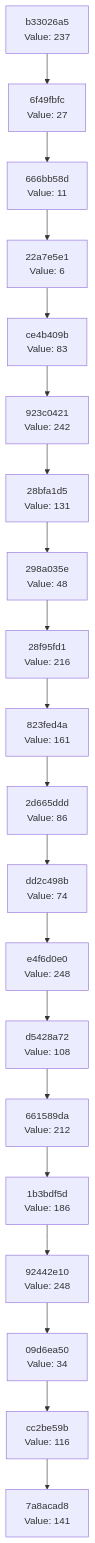
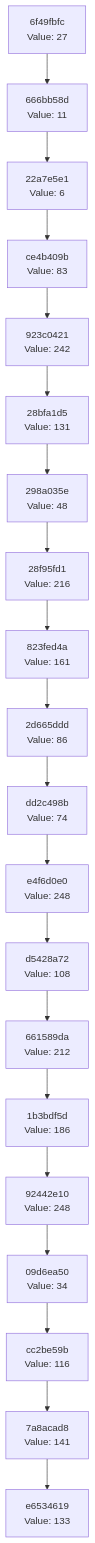
The diagram in docs/CHAIN_VISUALIZATION.md (Abhisheksinha1506/hash-chain-evolver), drawn with Mermaid before and after one commit. The commit also changed 3 other files, not shown here.

````diff
--- a/docs/CHAIN_VISUALIZATION.md
+++ b/docs/CHAIN_VISUALIZATION.md
@@ -3,42 +3,42 @@
 ```mermaid
 graph TD
-    C0["7a8acad8<br/>Value: 141"]
-    C1["cc2be59b<br/>Value: 116"]
+    C0["e6534619<br/>Value: 133"]
+    C1["7a8acad8<br/>Value: 141"]
     C1 --> C0
-    C2["09d6ea50<br/>Value: 34"]
+    C2["cc2be59b<br/>Value: 116"]
     C2 --> C1
-    C3["92442e10<br/>Value: 248"]
+    C3["09d6ea50<br/>Value: 34"]
     C3 --> C2
-    C4["1b3bdf5d<br/>Value: 186"]
+    C4["92442e10<br/>Value: 248"]
     C4 --> C3
-    C5["661589da<br/>Value: 212"]
+    C5["1b3bdf5d<br/>Value: 186"]
     C5 --> C4
-    C6["d5428a72<br/>Value: 108"]
+    C6["661589da<br/>Value: 212"]
     C6 --> C5
-    C7["e4f6d0e0<br/>Value: 248"]
+    C7["d5428a72<br/>Value: 108"]
     C7 --> C6
-    C8["dd2c498b<br/>Value: 74"]
+    C8["e4f6d0e0<br/>Value: 248"]
     C8 --> C7
-    C9["2d665ddd<br/>Value: 86"]
+    C9["dd2c498b<br/>Value: 74"]
     C9 --> C8
-    C10["823fed4a<br/>Value: 161"]
+    C10["2d665ddd<br/>Value: 86"]
     C10 --> C9
-    C11["28f95fd1<br/>Value: 216"]
+    C11["823fed4a<br/>Value: 161"]
     C11 --> C10
-    C12["298a035e<br/>Value: 48"]
+    C12["28f95fd1<br/>Value: 216"]
     C12 --> C11
-    C13["28bfa1d5<br/>Value: 131"]
+    C13["298a035e<br/>Value: 48"]
     C13 --> C12
-    C14["923c0421<br/>Value: 242"]
+    C14["28bfa1d5<br/>Value: 131"]
     C14 --> C13
-    C15["ce4b409b<br/>Value: 83"]
+    C15["923c0421<br/>Value: 242"]
     C15 --> C14
-    C16["22a7e5e1<br/>Value: 6"]
+    C16["ce4b409b<br/>Value: 83"]
     C16 --> C15
-    C17["666bb58d<br/>Value: 11"]
+    C17["22a7e5e1<br/>Value: 6"]
     C17 --> C16
-    C18["6f49fbfc<br/>Value: 27"]
+    C18["666bb58d<br/>Value: 11"]
     C18 --> C17
-    C19["b33026a5<br/>Value: 237"]
+    C19["6f49fbfc<br/>Value: 27"]
     C19 --> C18
 ```
````
